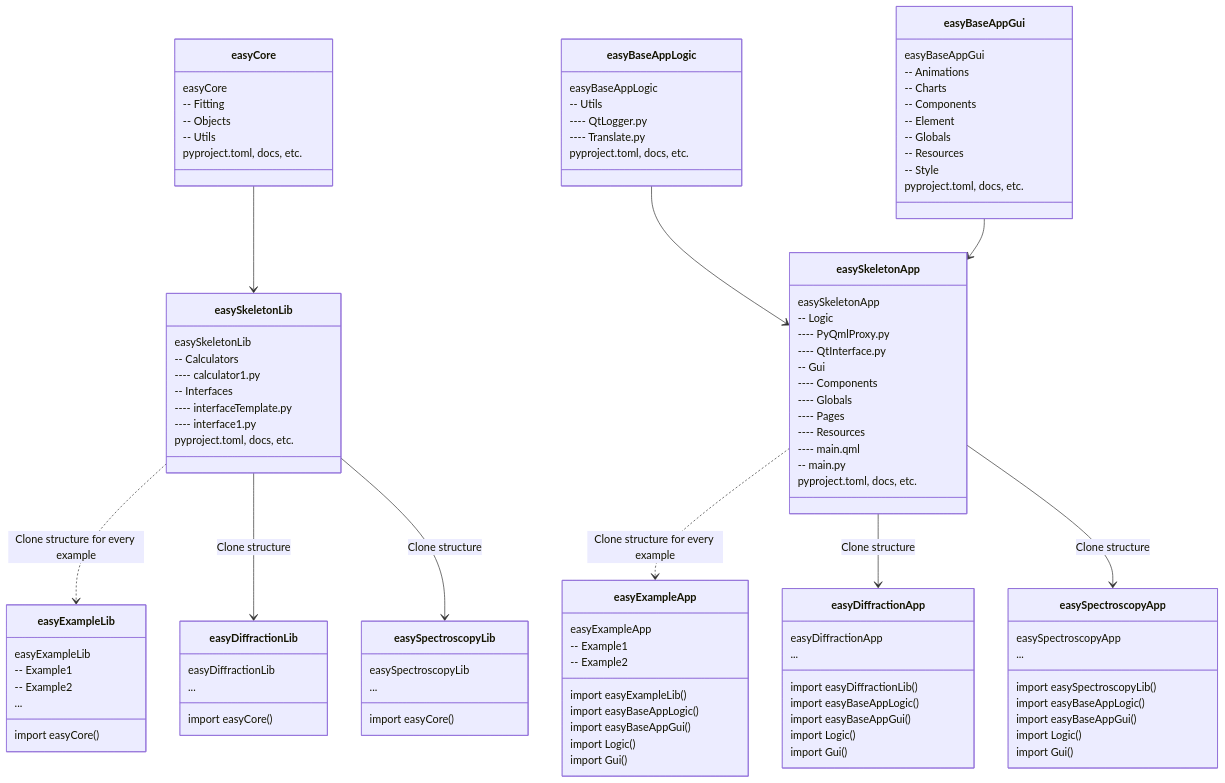
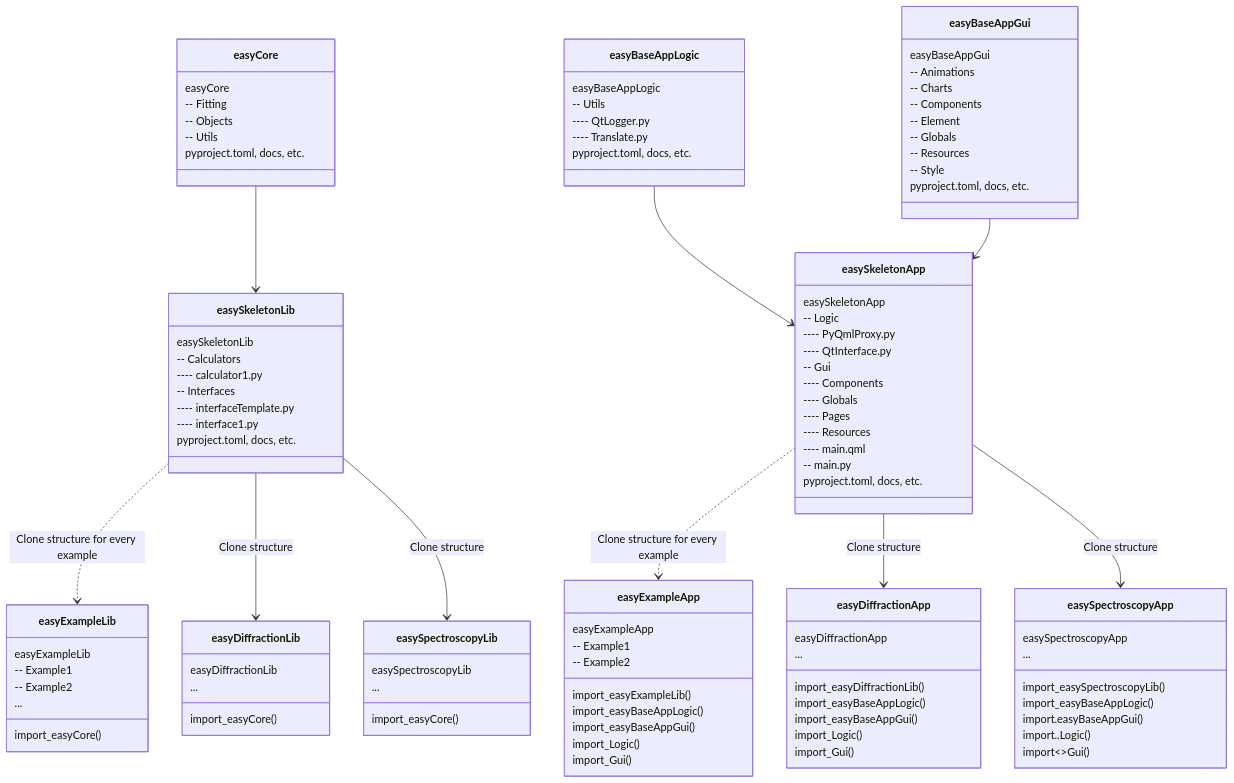
The fifth of 6 diagrams in easyScience.md (easyScience/easyScience), drawn with Mermaid before and after one commit.

````diff
--- a/easyScience.md
+++ b/easyScience.md
@@ -133,19 +133,19 @@
 -- Example1
 -- Example2
 ...
-import easyCore()
+import_easyCore()
 }
 
 class easyDiffractionLib {
 easyDiffractionLib
 ...
-import easyCore()
+import_easyCore()
 }
 
 class easySpectroscopyLib {
 easySpectroscopyLib
 ...
-import easyCore()
+import_easyCore()
 }
 
 %% easyApps
@@ -189,30 +189,30 @@
 easyExampleApp
 -- Example1
 -- Example2
-import easyExampleLib()
-import easyBaseAppLogic()
-import easyBaseAppGui()
-import Logic()
-import Gui()
+import_easyExampleLib()
+import_easyBaseAppLogic()
+import_easyBaseAppGui()
+import_Logic()
+import_Gui()
 }
 
 class easyDiffractionApp {
 easyDiffractionApp
 ...
-import easyDiffractionLib()
-import easyBaseAppLogic()
-import easyBaseAppGui()
-import Logic()
-import Gui()
+import_easyDiffractionLib()
+import_easyBaseAppLogic()
+import_easyBaseAppGui()
+import_Logic()
+import_Gui()
 }
 
 class easySpectroscopyApp {
 easySpectroscopyApp
 ...
-import easySpectroscopyLib()
-import easyBaseAppLogic()
-import easyBaseAppGui()
-import Logic()
-import Gui()
+import_easySpectroscopyLib()
+import_easyBaseAppLogic()
+import.easyBaseAppGui()
+import..Logic()
+import~~Gui()
 }
 ```
````
